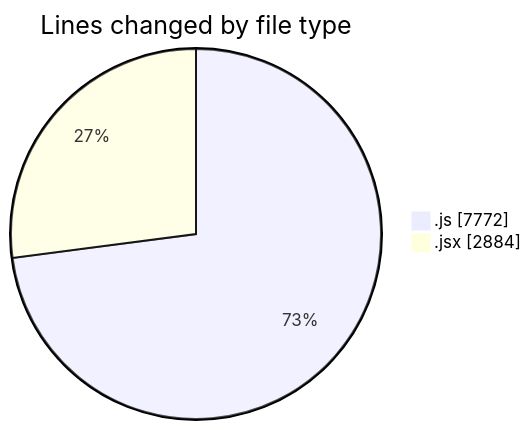
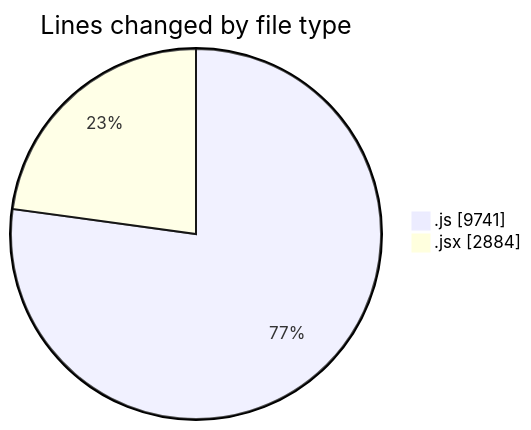
One commit to nxtqubesakshisongat/code-tracking changed the first of 2 diagrams in 2025-09-26/nxtqube_webapp/README.md. Above: the diagram before and after it, drawn with Mermaid. The commit also changed other lines of this file and 1 other file, not shown here.

````diff
--- a/2025-09-26/nxtqube_webapp/README.md
+++ b/2025-09-26/nxtqube_webapp/README.md
@@ -24,6 +24,6 @@
 ```mermaid
 pie showData
 title Lines changed by file type
-".js" : 7772
+".js" : 9741
 ".jsx" : 2884
 ```
````
